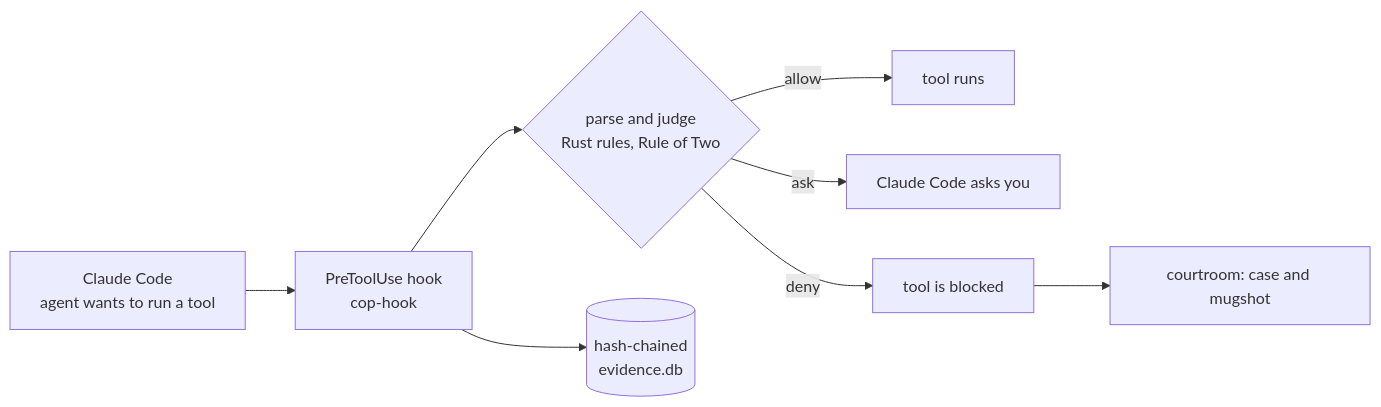
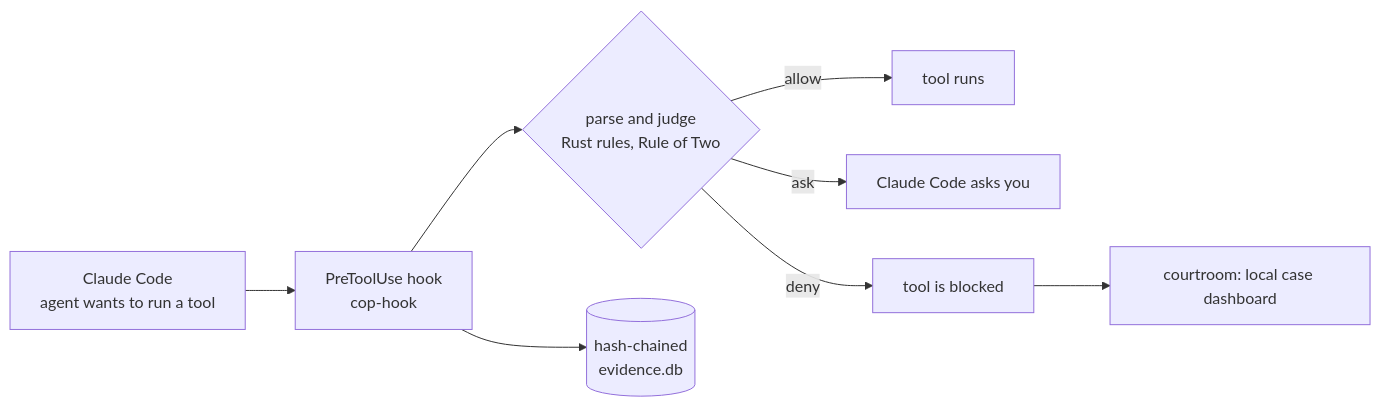
Before and after one commit to pratikacharya1234/agentcop: the diagram in README.md, drawn with Mermaid. The commit also changed other lines of this file and 1 other file, not shown here.

Commit message:
docs: strip unimplemented sound/codex/multi-agent claims; add beta banner + roadmap

````diff
--- a/README.md
+++ b/README.md
@@ -30,10 +36,10 @@
 ```mermaid
 flowchart LR
   A[Claude Code<br/>agent wants to run a tool] --> B[PreToolUse hook<br/>cop-hook]
   B --> C{parse and judge<br/>Rust rules, Rule of Two}
   C -->|allow| D[tool runs]
   C -->|ask| E[Claude Code asks you]
   C -->|deny| F[tool is blocked]
   B --> G[(hash-chained<br/>evidence.db)]
-  F --> H[courtroom: case and mugshot]
+  F --> H[courtroom: local case dashboard]
 ```
````
